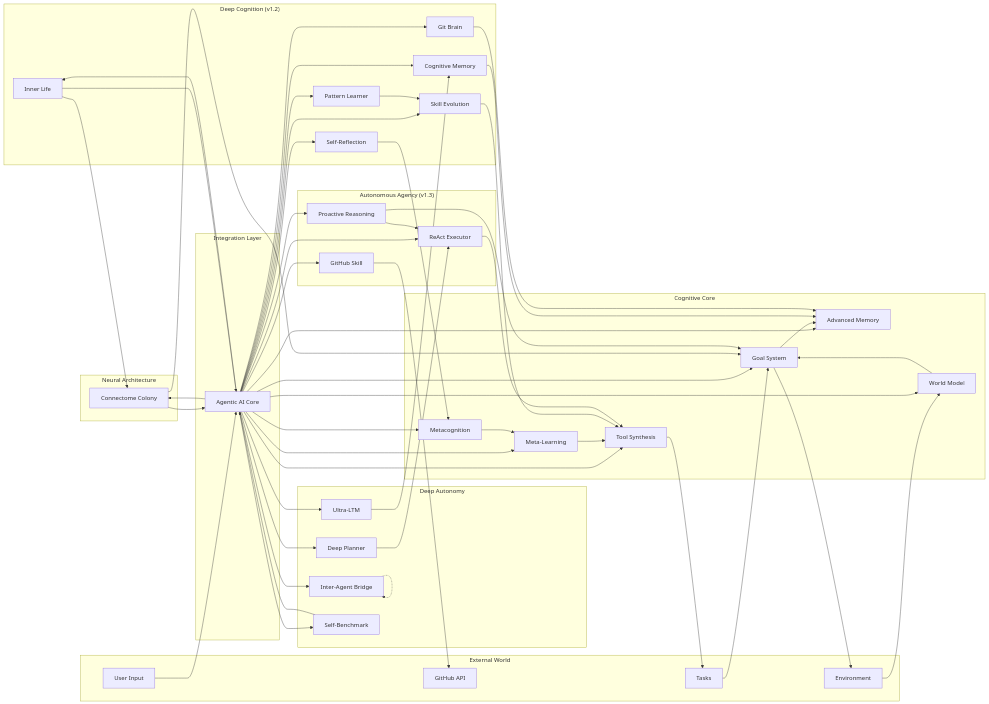
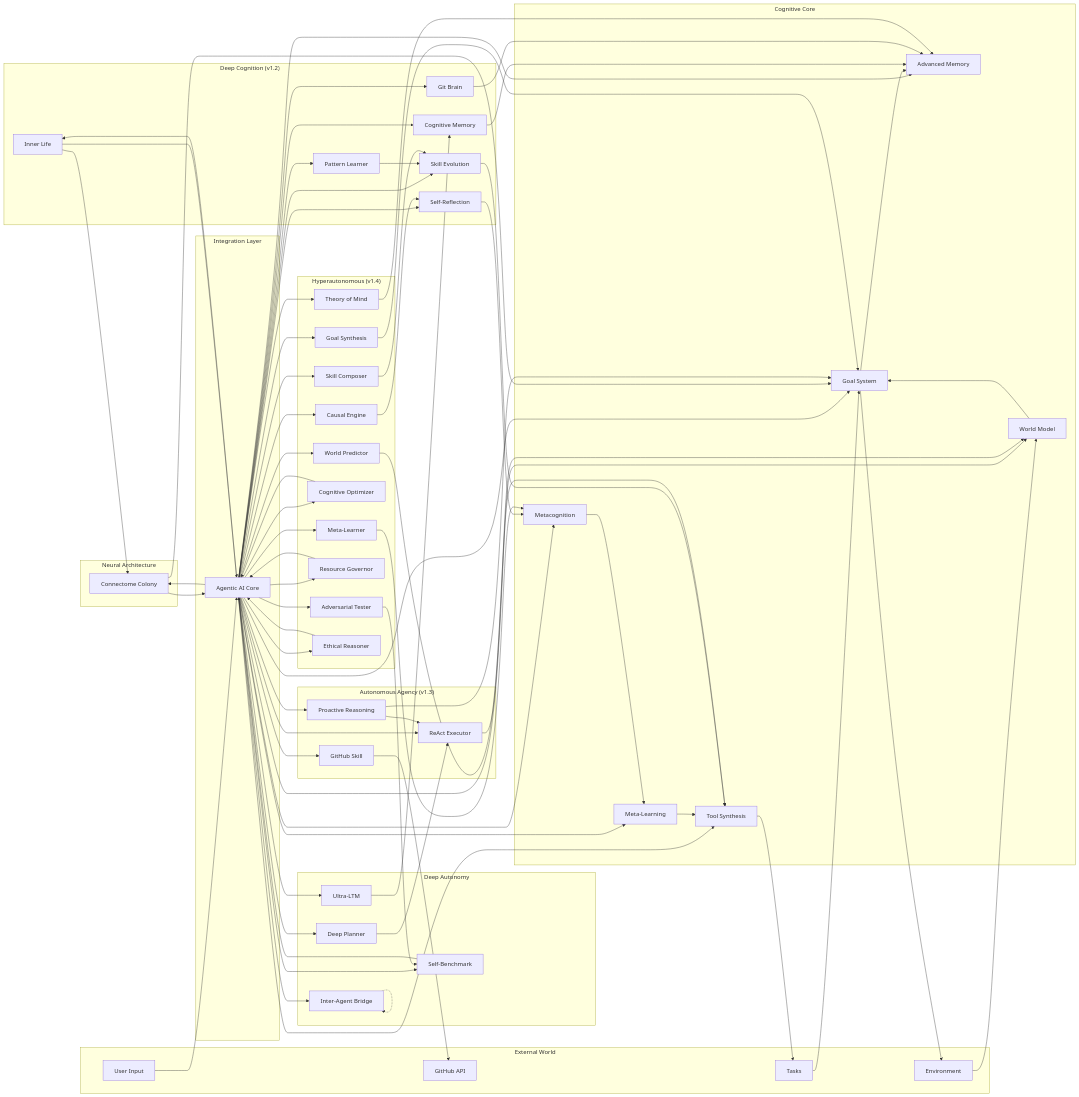
Before and after one commit to bistuwangqiyuan/Open-Sable: the third of 20 diagrams in README.md, drawn with Mermaid. The commit also changed other lines of this file and 16 other files, not shown here.

First line of the commit message:
Add Skill Composer, Theory of Mind, and World Predictor modules

```diff
--- a/README.md
+++ b/README.md
@@ -696,6 +712,19 @@
         IAB[Inter-Agent Bridge]
         ULTM[Ultra-LTM]
         SB[Self-Benchmark]
+    end
+
+    subgraph "Hyperautonomous (v1.4)"
+        MLE[Meta-Learner]
+        CAU[Causal Engine]
+        GOS[Goal Synthesis]
+        SKC[Skill Composer]
+        WPR[World Predictor]
+        COG[Cognitive Optimizer]
+        ADV[Adversarial Tester]
+        RGV[Resource Governor]
+        TOM[Theory of Mind]
+        ETH[Ethical Reasoner]
     end
     
     subgraph "Integration Layer"
@@ -737,6 +766,17 @@
     AGENT --> ULTM
     AGENT --> SB
 
+    AGENT --> MLE
+    AGENT --> CAU
+    AGENT --> GOS
+    AGENT --> SKC
+    AGENT --> WPR
+    AGENT --> COG
+    AGENT --> ADV
+    AGENT --> RGV
+    AGENT --> TOM
+    AGENT --> ETH
+
     NC --> AGENT
     IL --> NC
     NC --> G
@@ -761,6 +801,17 @@
     IAB -.-> IAB
     ULTM --> CM
     SB --> AGENT
+
+    MLE --> MC
+    CAU --> SR
+    GOS --> G
+    SKC --> SE
+    WPR --> W
+    COG --> AGENT
+    ADV --> SB
+    RGV --> AGENT
+    TOM --> M
+    ETH --> AGENT
     
     T --> TASKS
     G --> ENV
```
